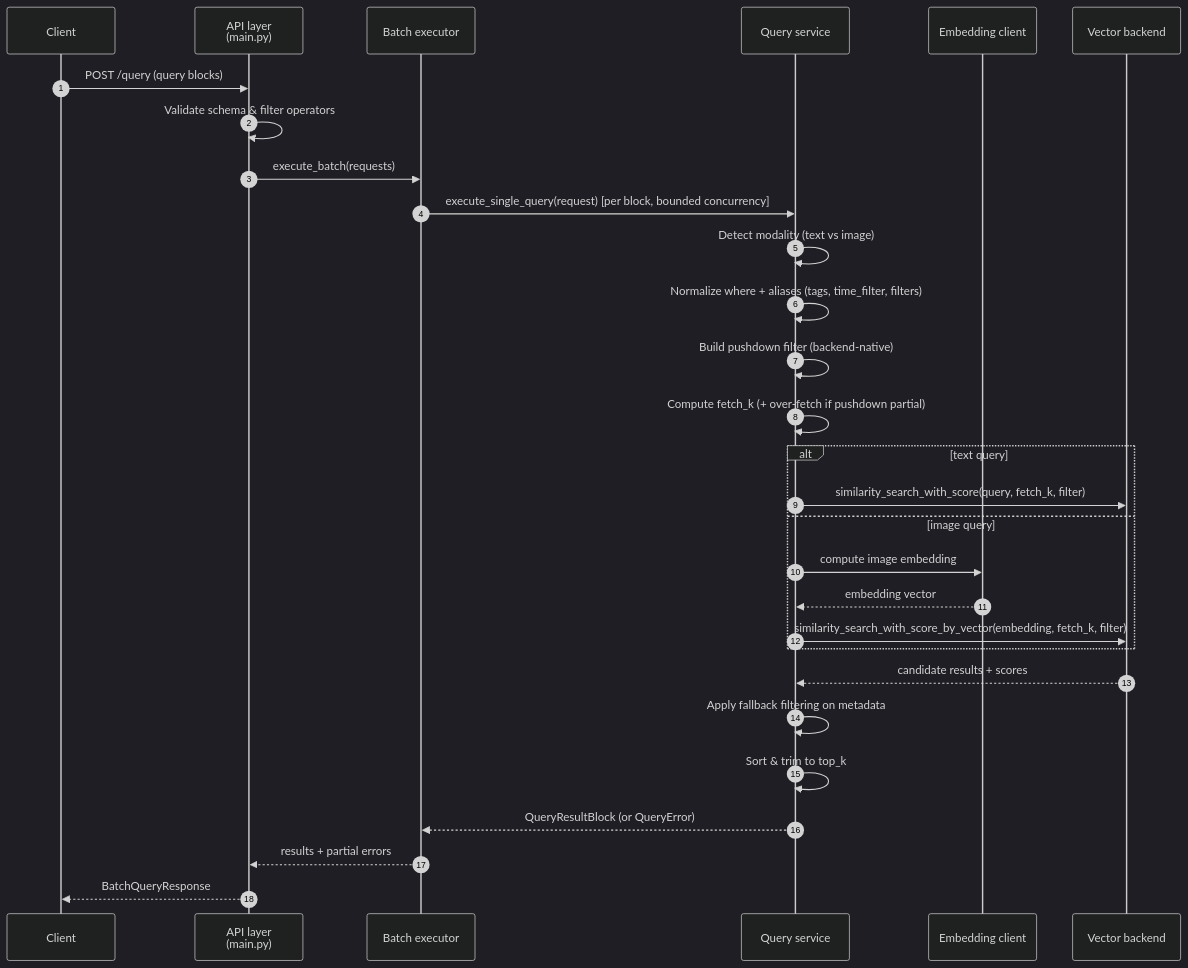
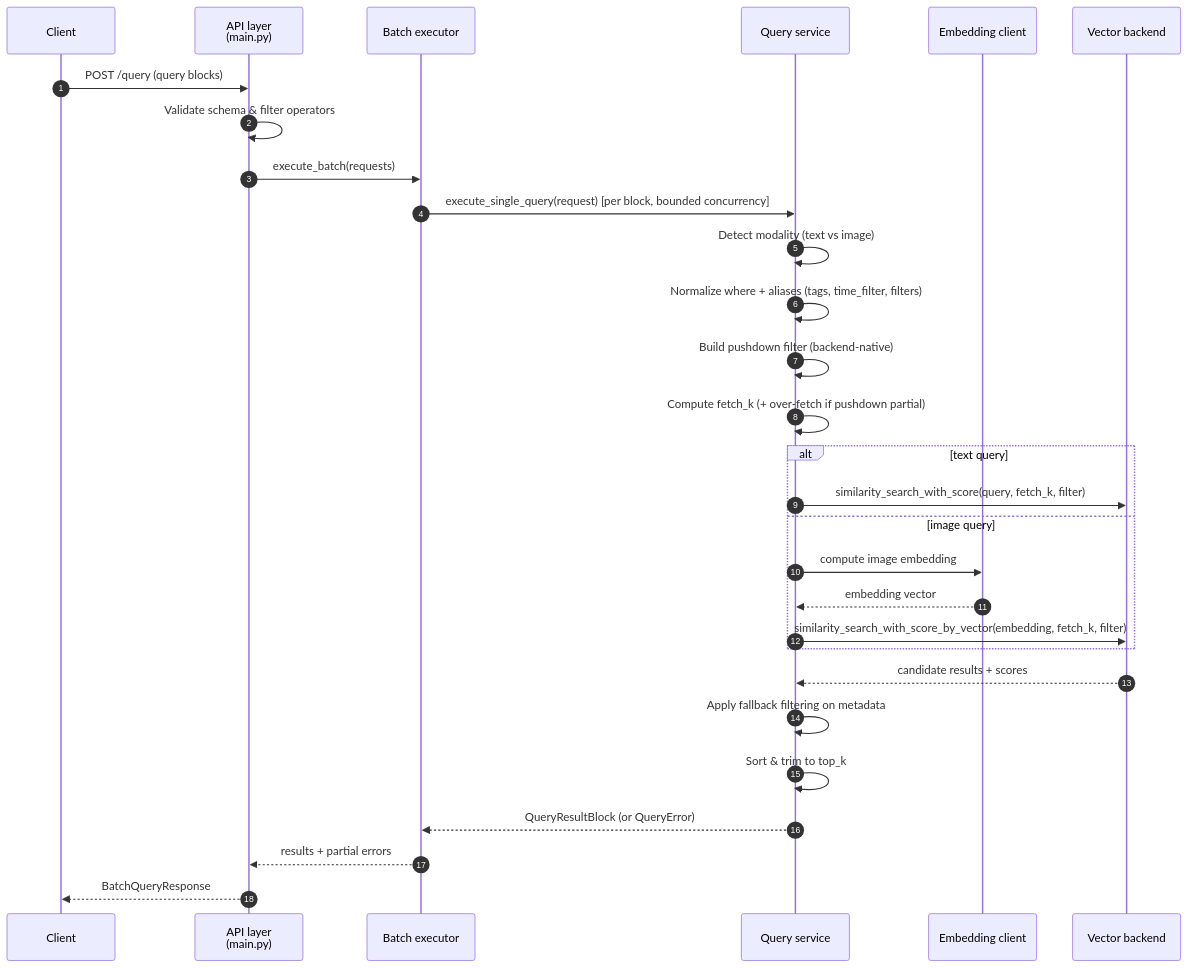
The second of 2 diagrams in microservices/vector-retriever/vector-retriever/docs/user-guide/how-it-works.md (open-edge-platform/edge-ai-libraries), drawn with Mermaid before and after one commit. The commit also changed 6 other files, not shown here.

Commit message:
remove dark mode tag from styled and sequence diags

````diff
--- a/microservices/vector-retriever/vector-retriever/docs/user-guide/how-it-works.md
+++ b/microservices/vector-retriever/vector-retriever/docs/user-guide/how-it-works.md
@@ -67,37 +67,34 @@
 ```mermaid
----
-config: {"theme": "dark"}
----
 sequenceDiagram
     autonumber
     participant Client
     participant API as API layer<br/>(main.py)
     participant Batch as Batch executor
     participant Service as Query service
     participant Embed as Embedding client
     participant Backend as Vector backend
 
     Client->>API: POST /query (query blocks)
     API->>API: Validate schema & filter operators
     API->>Batch: execute_batch(requests)
     Batch->>Service: execute_single_query(request) [per block, bounded concurrency]
     Service->>Service: Detect modality (text vs image)
     Service->>Service: Normalize where + aliases (tags, time_filter, filters)
     Service->>Service: Build pushdown filter (backend-native)
     Service->>Service: Compute fetch_k (+ over-fetch if pushdown partial)
 
     alt text query
         Service->>Backend: similarity_search_with_score(query, fetch_k, filter)
     else image query
         Service->>Embed: compute image embedding
         Embed-->>Service: embedding vector
         Service->>Backend: similarity_search_with_score_by_vector(embedding, fetch_k, filter)
     end
 
     Backend-->>Service: candidate results + scores
     Service->>Service: Apply fallback filtering on metadata
     Service->>Service: Sort & trim to top_k
     Service-->>Batch: QueryResultBlock (or QueryError)
     Batch-->>API: results + partial errors
     API-->>Client: BatchQueryResponse
 ```
````
